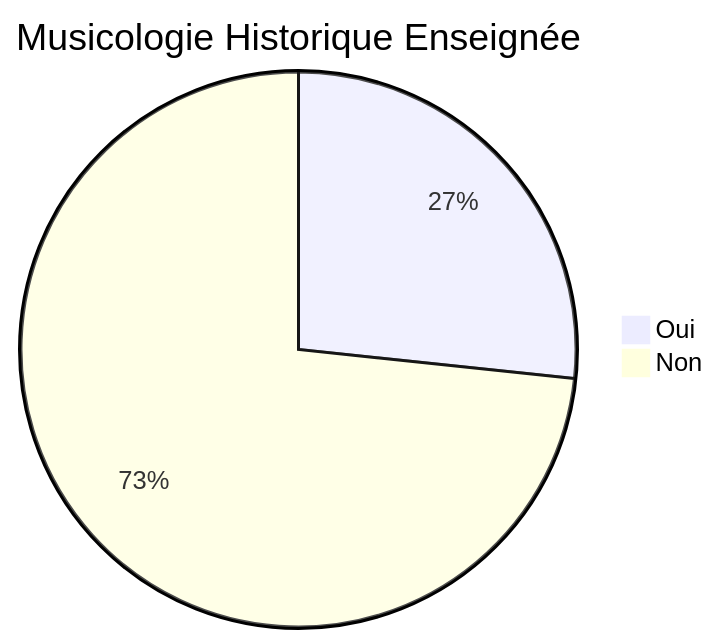
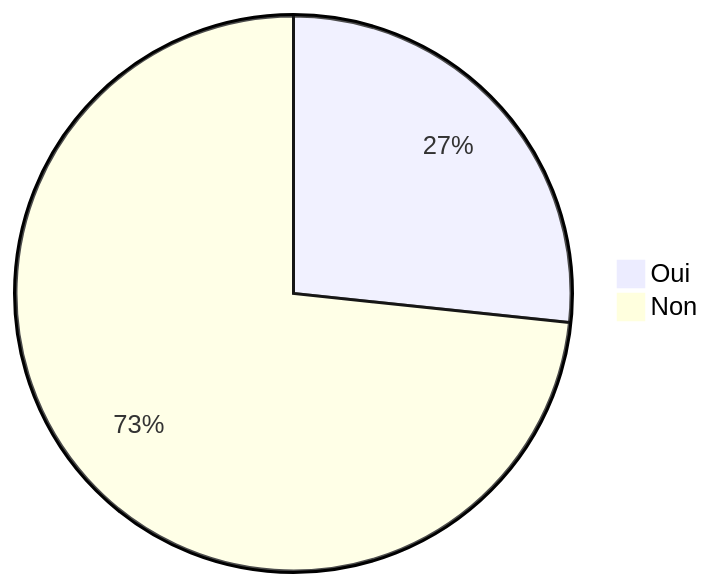
The first of 3 diagrams in conservatoire_survey.md (GusBraud/earlymuse), drawn with Mermaid before and after one commit. The commit also changed other lines of this file, not shown here.

````diff
--- a/conservatoire_survey.md
+++ b/conservatoire_survey.md
@@ -5,6 +5,5 @@
 ```mermaid
 pie
-    title Musicologie Historique Enseignée
     "Oui": 4
     "Non": 11
 ```
````
